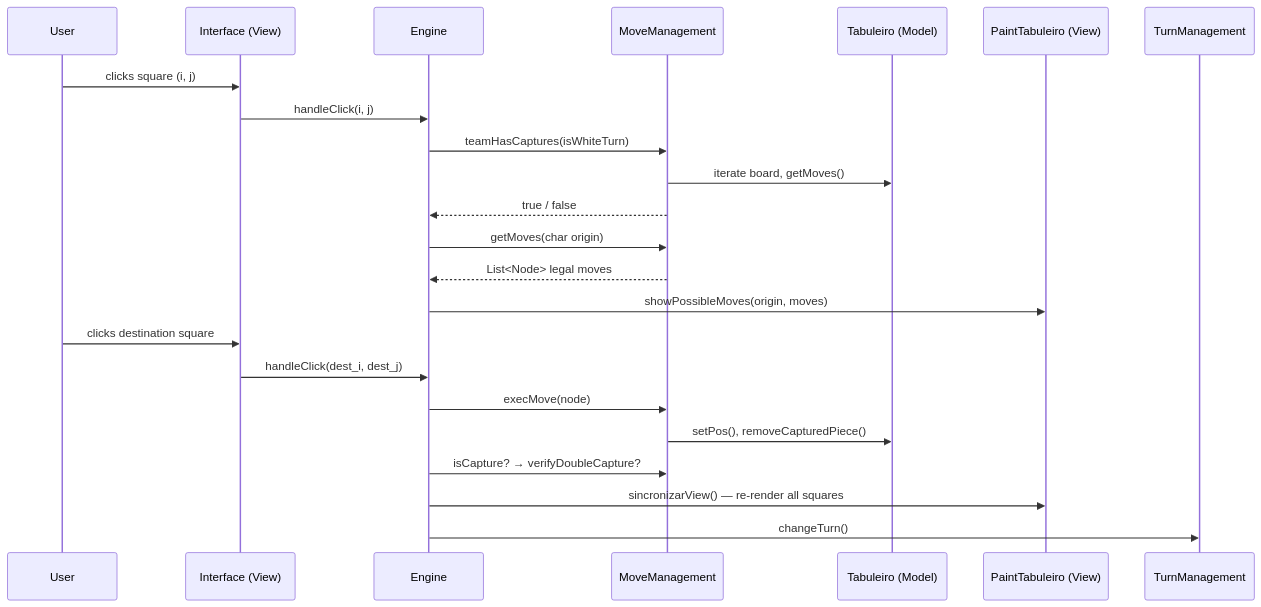
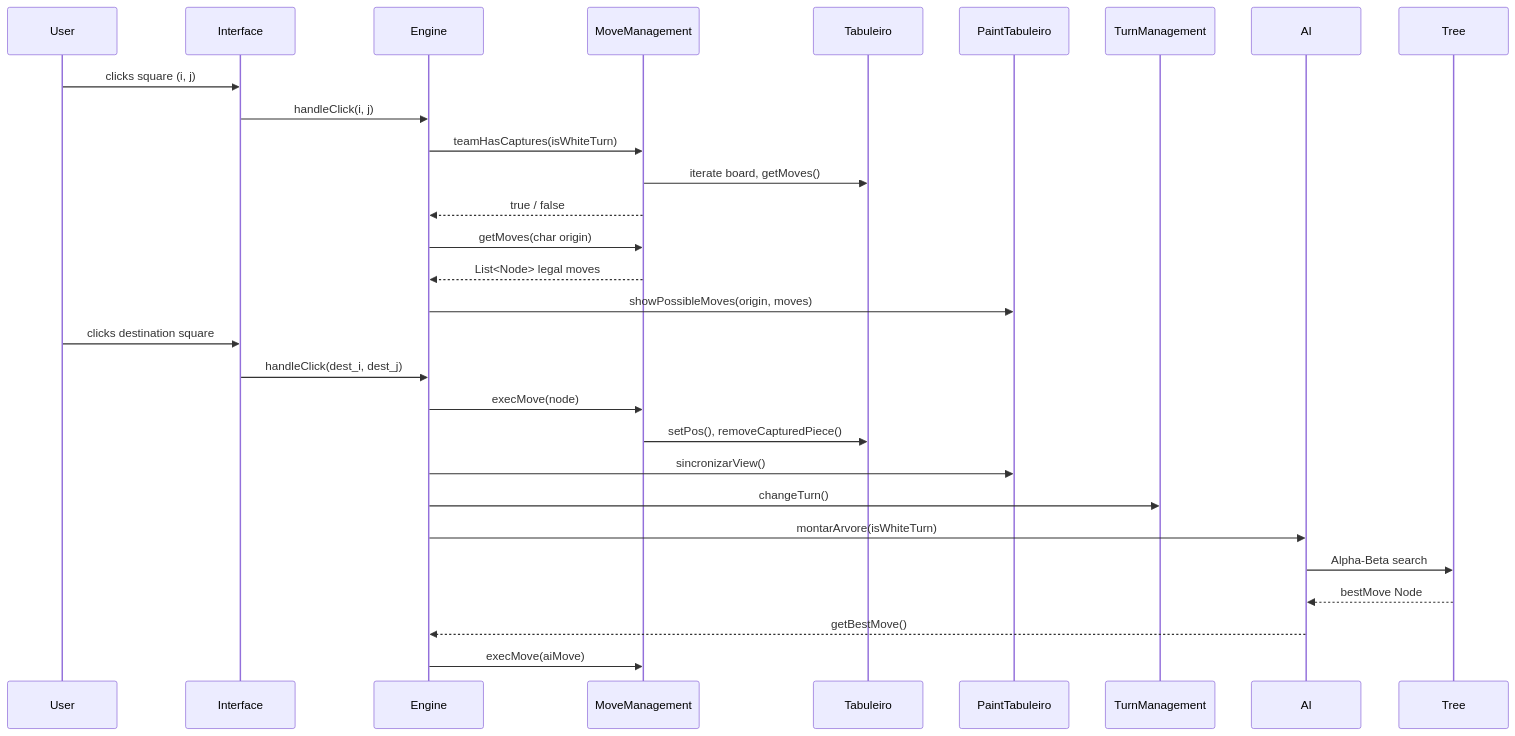
The first of 2 diagrams in Readme.md (IncludeLuisFerreira/Checkers-intelligence), drawn with Mermaid before and after one commit. The commit also changed other lines of this file and 3 other files, not shown here.

````diff
--- a/Readme.md
+++ b/Readme.md
@@ -107,25 +218,29 @@
 ```mermaid
 sequenceDiagram
     participant User
-    participant Interface (View)
+    participant Interface
     participant Engine
     participant MoveManagement
-    participant Tabuleiro (Model)
-    participant PaintTabuleiro (View)
+    participant Tabuleiro
+    participant PaintTabuleiro
 
-    User->>Interface (View): clicks square (i, j)
-    Interface (View)->>Engine: handleClick(i, j)
+    User->>Interface: clicks square (i, j)
+    Interface->>Engine: handleClick(i, j)
     Engine->>MoveManagement: teamHasCaptures(isWhiteTurn)
-    MoveManagement->>Tabuleiro (Model): iterate board, getMoves()
+    MoveManagement->>Tabuleiro: iterate board, getMoves()
     MoveManagement-->>Engine: true / false
     Engine->>MoveManagement: getMoves(char origin)
     MoveManagement-->>Engine: List<Node> legal moves
-    Engine->>PaintTabuleiro (View): showPossibleMoves(origin, moves)
-    User->>Interface (View): clicks destination square
-    Interface (View)->>Engine: handleClick(dest_i, dest_j)
+    Engine->>PaintTabuleiro: showPossibleMoves(origin, moves)
+    User->>Interface: clicks destination square
+    Interface->>Engine: handleClick(dest_i, dest_j)
     Engine->>MoveManagement: execMove(node)
-    MoveManagement->>Tabuleiro (Model): setPos(), removeCapturedPiece()
-    Engine->>MoveManagement: isCapture? → verifyDoubleCapture?
-    Engine->>PaintTabuleiro (View): sincronizarView() — re-render all squares
+    MoveManagement->>Tabuleiro: setPos(), removeCapturedPiece()
+    Engine->>PaintTabuleiro: sincronizarView()
     Engine->>TurnManagement: changeTurn()
+    Engine->>AI: montarArvore(isWhiteTurn)
+    AI->>Tree: Alpha-Beta search
+    Tree-->>AI: bestMove Node
+    AI-->>Engine: getBestMove()
+    Engine->>MoveManagement: execMove(aiMove)
 ```
````
